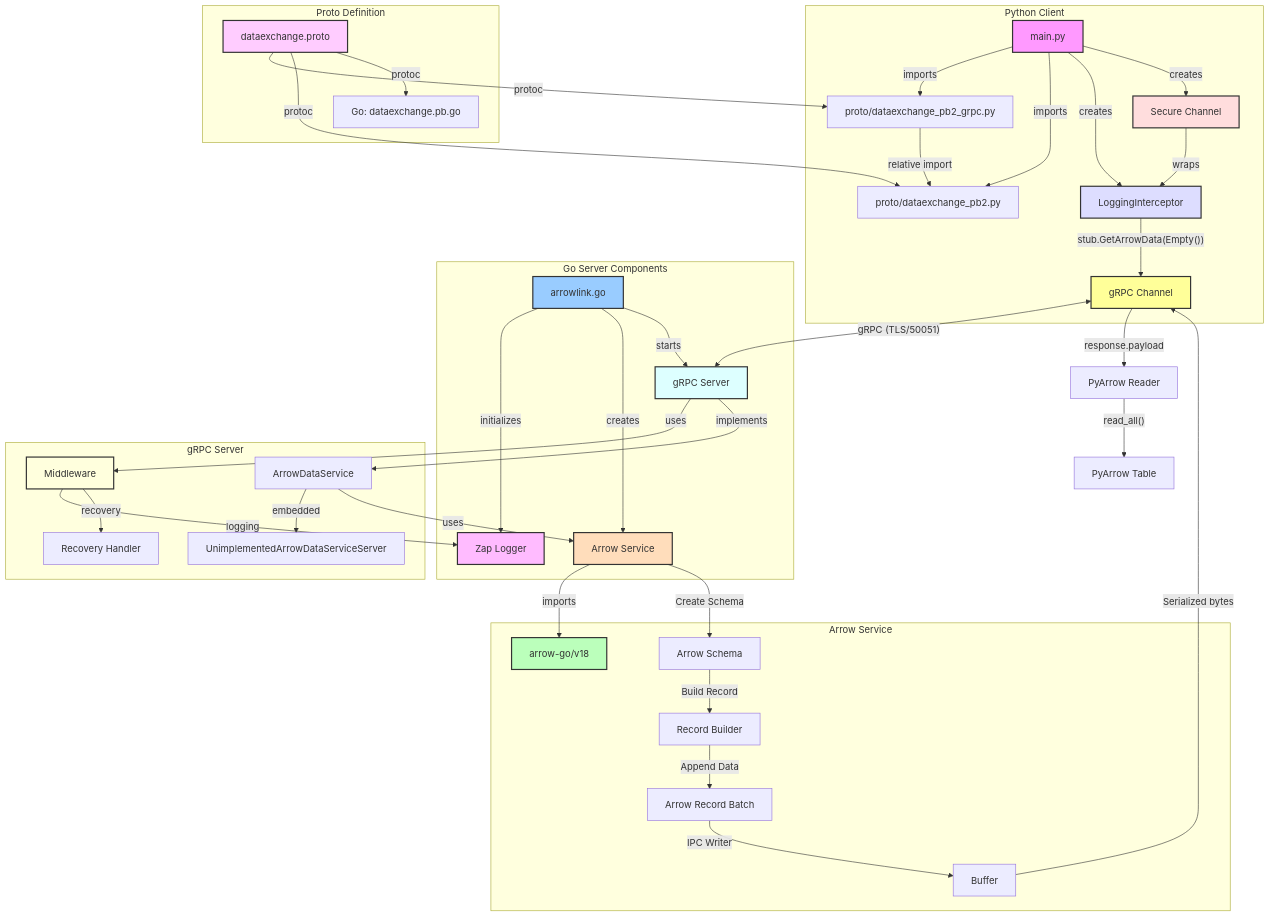
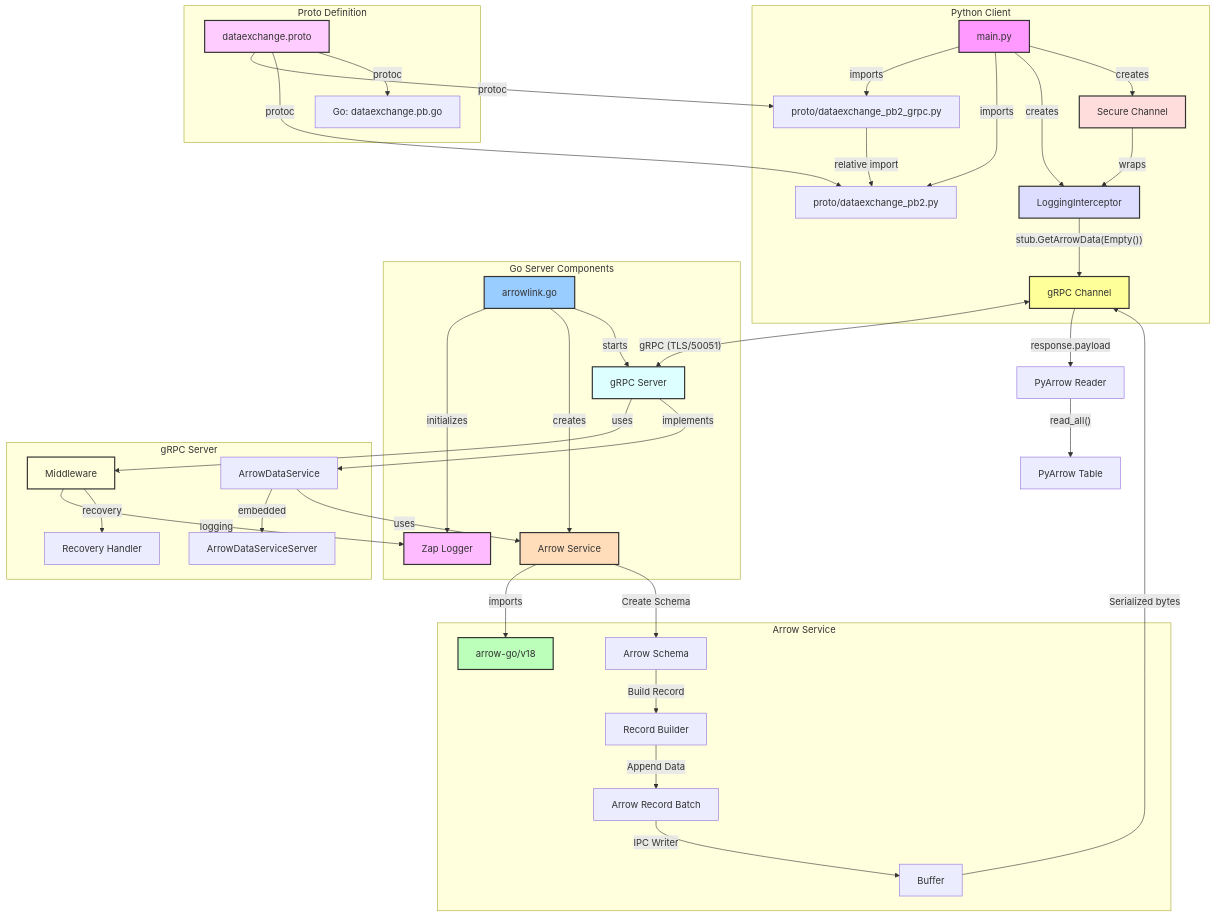
The diagram in docs/overview.mmd (TFMV/ArrowLink), drawn with Mermaid before and after one commit. The commit also changed 2 other files, not shown here.

Commit message:
Add Diagram to README

```diff
--- a/docs/overview.mmd
+++ b/docs/overview.mmd
@@ -1,56 +1,56 @@
 graph TD
     subgraph "Python Client"
         A[main.py] --> |imports| B[proto/dataexchange_pb2_grpc.py]
         A --> |imports| C[proto/dataexchange_pb2.py]
         B --> |relative import| C
         A --> |creates| L1[LoggingInterceptor]
         A --> |creates| SC[Secure Channel]
         SC --> |wraps| L1
         L1 --> |"stub.GetArrowData(Empty())"| D[gRPC Channel]
     end
 
     subgraph "Proto Definition"
         E[dataexchange.proto] --> |protoc| B
         E --> |protoc| C
         E --> |protoc| F[Go: dataexchange.pb.go]
     end
 
     subgraph "Go Server Components"
         G[arrowlink.go] --> |initializes| M[Zap Logger]
         G --> |creates| S[Arrow Service]
         G --> |starts| GS[gRPC Server]
     end
 
     subgraph "gRPC Server"
         GS --> |uses| MW[Middleware]
         MW --> |logging| M
         MW --> |recovery| REC[Recovery Handler]
         GS --> |implements| H[ArrowDataService]
-        H --> |embedded| N[UnimplementedArrowDataServiceServer]
+        H --> |embedded| N[ArrowDataServiceServer]
         H --> |uses| S
     end
 
     subgraph "Arrow Service"
         S --> |imports| L2[arrow-go/v18]
         S --> |"Create Schema"| O[Arrow Schema]
         O --> |"Build Record"| P[Record Builder]
         P --> |"Append Data"| I[Arrow Record Batch]
         I --> |"IPC Writer"| Q[Buffer]
     end
 
     D <--> |"gRPC (TLS/50051)"| GS
     Q --> |"Serialized bytes"| D
     D --> |"response.payload"| J[PyArrow Reader]
     J --> |"read_all()"| R[PyArrow Table]
 
     style A fill:#f9f,stroke:#333,stroke-width:2px
     style G fill:#9cf,stroke:#333,stroke-width:2px
     style E fill:#fcf,stroke:#333,stroke-width:2px
     style D fill:#ff9,stroke:#333,stroke-width:2px
     style L2 fill:#bfb,stroke:#333,stroke-width:2px
     style M fill:#fbf,stroke:#333,stroke-width:2px
     style S fill:#fdb,stroke:#333,stroke-width:2px
     style GS fill:#dff,stroke:#333,stroke-width:2px
     style MW fill:#ffd,stroke:#333,stroke-width:2px
     style L1 fill:#ddf,stroke:#333,stroke-width:2px
     style SC fill:#fdd,stroke:#333,stroke-width:2px
```
